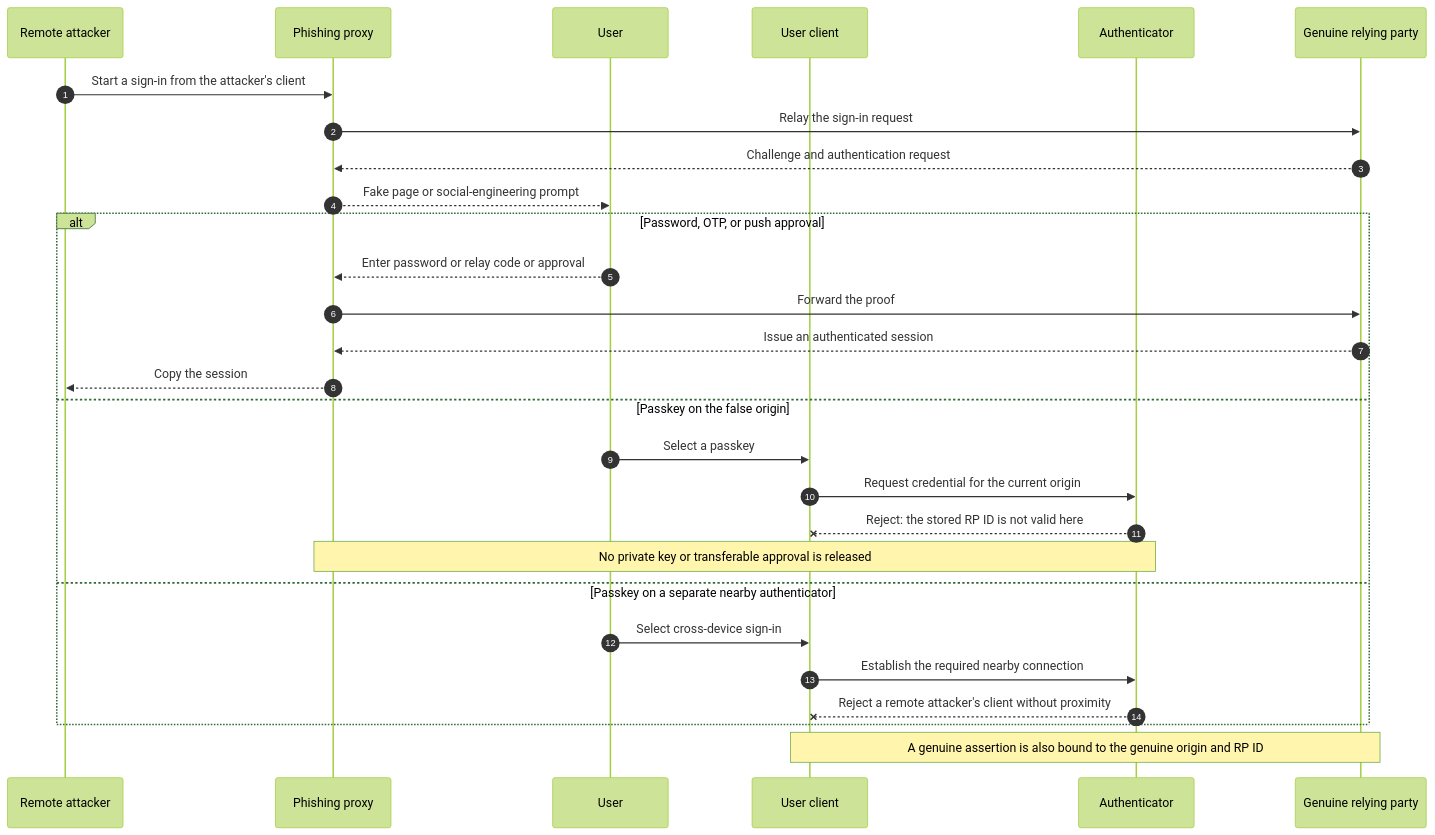
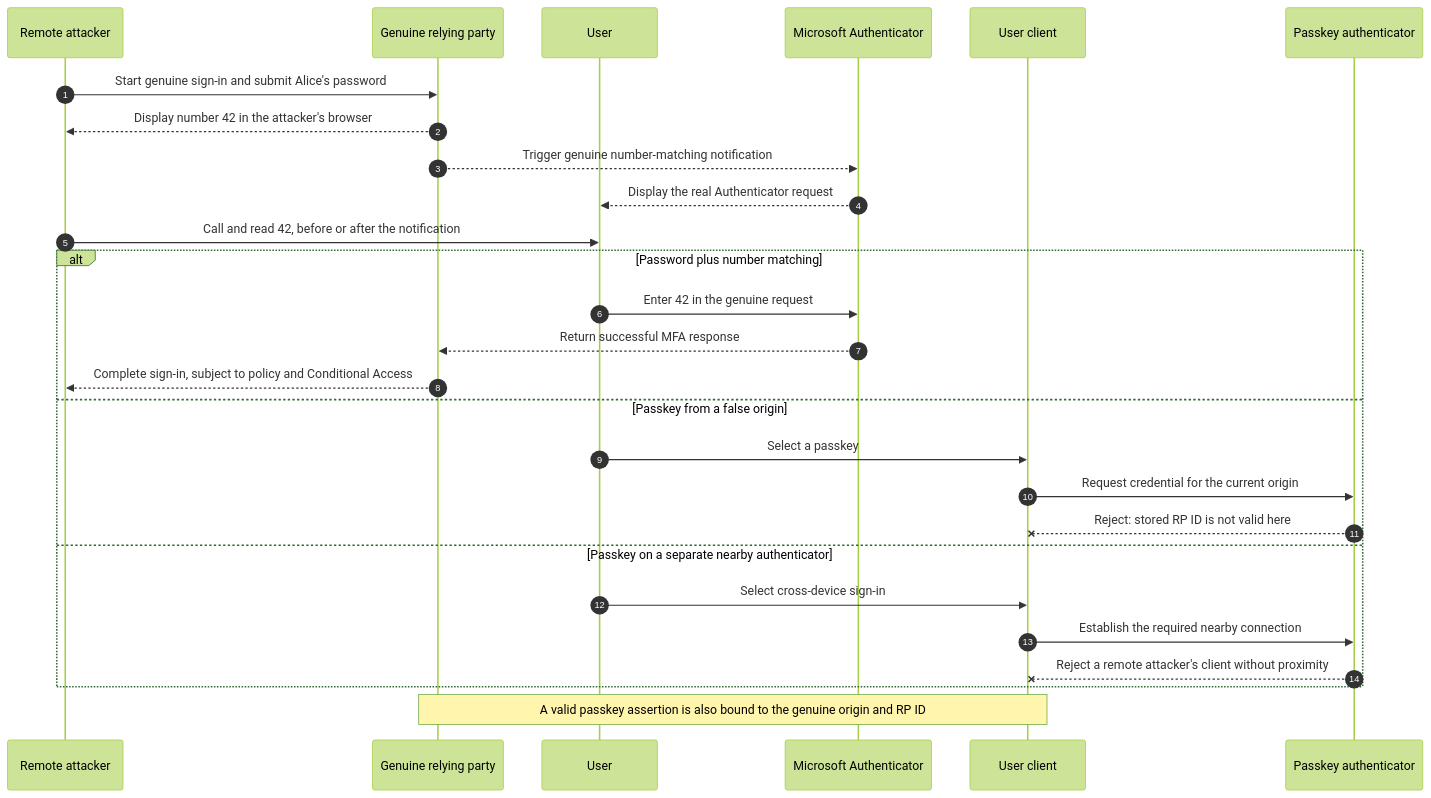
The fourth of 6 diagrams in Passkeys/05.Passkey.Article.md (D76X/TechnicalArticles), drawn with Mermaid (forest theme) before and after one commit. The commit also changed other lines of this file and 1 other file, not shown here.

````diff
--- a/Passkeys/05.Passkey.Article.md
+++ b/Passkeys/05.Passkey.Article.md
@@ -368,33 +368,32 @@
 ```mermaid
 sequenceDiagram
     autonumber
     participant Attacker as Remote attacker
-    participant Proxy as Phishing proxy
+    participant RP as Genuine relying party
     participant User as User
+    participant Auth as Microsoft Authenticator
     participant Client as User client
-    participant Auth as Authenticator
-    participant RP as Genuine relying party
+    participant Passkey as Passkey authenticator
 
-    Attacker->>Proxy: Start a sign-in from the attacker's client
-    Proxy->>RP: Relay the sign-in request
-    RP-->>Proxy: Challenge and authentication request
-    Proxy-->>User: Fake page or social-engineering prompt
+    Attacker->>RP: Start genuine sign-in and submit Alice's password
+    RP-->>Attacker: Display number 42 in the attacker's browser
+    RP-->>Auth: Trigger genuine number-matching notification
+    Auth-->>User: Display the real Authenticator request
+    Attacker->>User: Call and read 42, before or after the notification
 
-    alt Password, OTP, or push approval
-        User-->>Proxy: Enter password or relay code or approval
-        Proxy->>RP: Forward the proof
-        RP-->>Proxy: Issue an authenticated session
-        Proxy-->>Attacker: Copy the session
-    else Passkey on the false origin
+    alt Password plus number matching
+        User->>Auth: Enter 42 in the genuine request
+        Auth-->>RP: Return successful MFA response
+        RP-->>Attacker: Complete sign-in, subject to policy and Conditional Access
+    else Passkey from a false origin
         User->>Client: Select a passkey
-        Client->>Auth: Request credential for the current origin
-        Auth--x Client: Reject: the stored RP ID is not valid here
-        Note over Proxy,Auth: No private key or transferable approval is released
+        Client->>Passkey: Request credential for the current origin
+        Passkey--x Client: Reject: stored RP ID is not valid here
     else Passkey on a separate nearby authenticator
         User->>Client: Select cross-device sign-in
-        Client->>Auth: Establish the required nearby connection
-        Auth--x Client: Reject a remote attacker's client without proximity
+        Client->>Passkey: Establish the required nearby connection
+        Passkey--x Client: Reject a remote attacker's client without proximity
     end
 
-    Note over Client,RP: A genuine assertion is also bound to the genuine origin and RP ID
+    Note over Client,RP: A valid passkey assertion is also bound to the genuine origin and RP ID
 ```
````
